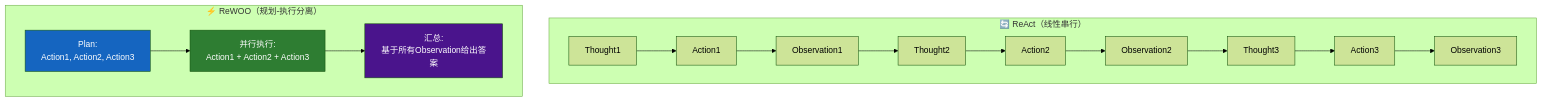
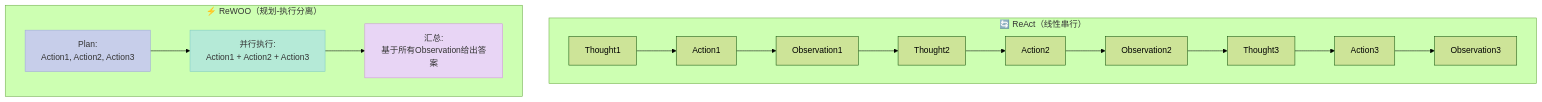
Before and after one commit to xuqi2024/xuqi2024.github.io: the third of 5 diagrams in _posts/2026-04-14-ai-agent-principles-and-practice.md, drawn with Mermaid (forest theme). The commit also changed other lines of this file and 2 other files, not shown here.

````diff
--- a/_posts/2026-04-14-ai-agent-principles-and-practice.md
+++ b/_posts/2026-04-14-ai-agent-principles-and-practice.md
@@ -337,19 +337,19 @@
 ```mermaid
 graph TD
     subgraph ReAct["🔄 ReAct（线性串行）"]
         direction LR
         R1["Thought1"] --> A1["Action1"] --> O1["Observation1"]
         O1 --> R2["Thought2"] --> A2["Action2"] --> O2["Observation2"]
         O2 --> R3["Thought3"] --> A3["Action3"] --> O3["Observation3"]
     end
 
     subgraph ReWOO["⚡ ReWOO（规划-执行分离）"]
         direction LR
         PL["Plan:\nAction1, Action2, Action3"] --> EX["并行执行:\nAction1 + Action2 + Action3"]
         EX --> SUM["汇总:\n基于所有Observation给出答案"]
     end
 
-    style PL fill:#1565C0,color:#fff
-    style EX fill:#2E7D32,color:#fff
-    style SUM fill:#4A148C,color:#fff
+    style PL fill:#C7CEEA,stroke:#9FA8DA,color:#333
+    style EX fill:#B5EAD7,stroke:#80CBC4,color:#333
+    style SUM fill:#E8D5F5,stroke:#CE93D8,color:#333
 ```
````
